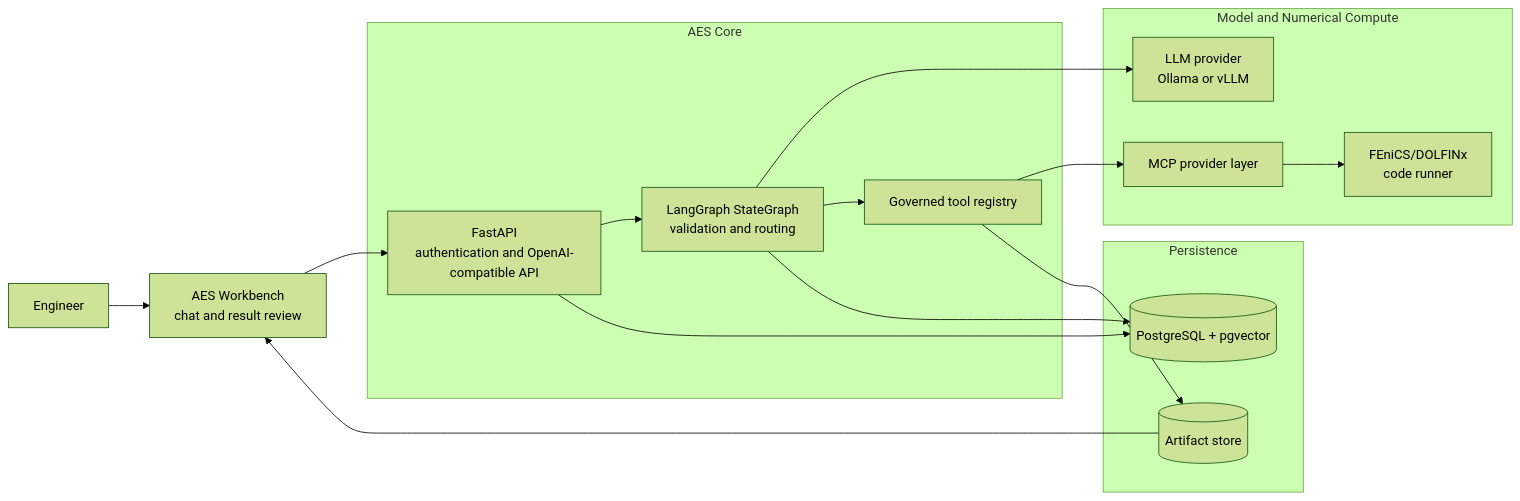
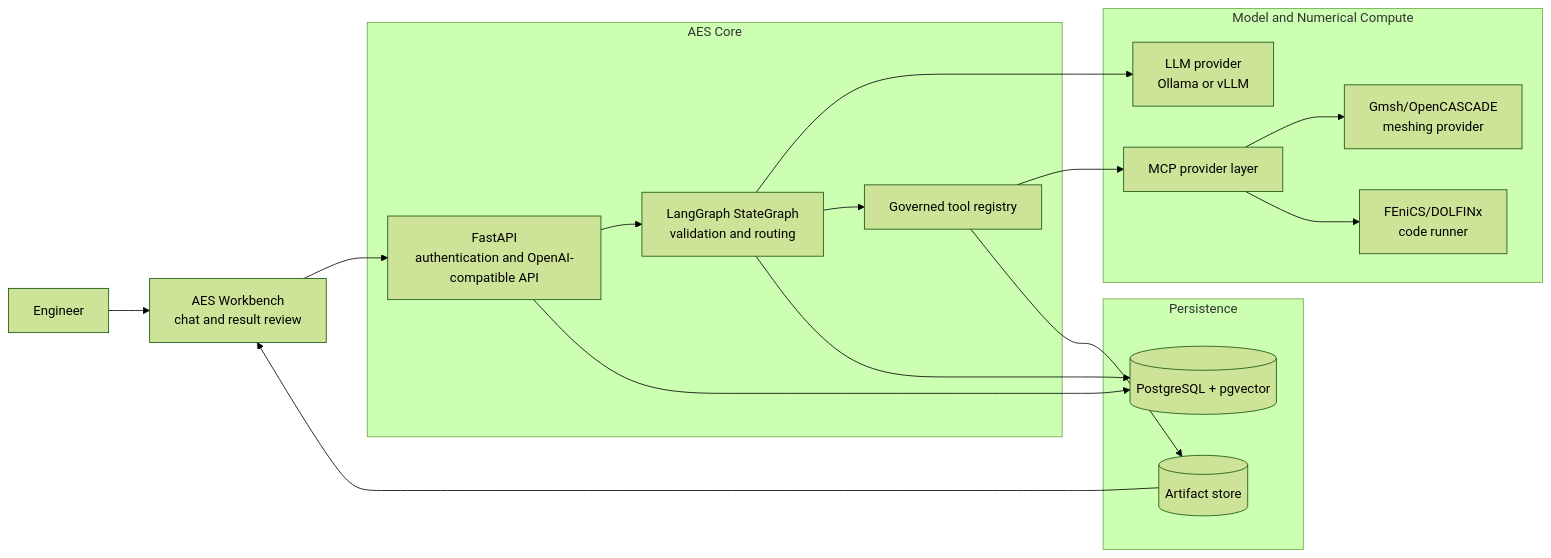
One commit to RadmirG/AES changed the first of 2 diagrams in README.md. Above: the diagram before and after it, drawn with Mermaid (forest theme). The commit also changed other lines of this file and 60 other files, not shown here.

````diff
--- a/README.md
+++ b/README.md
@@ -39,32 +46,34 @@
 ```mermaid
 flowchart LR
     user["Engineer"] --> workbench["AES Workbench<br/>chat and result review"]
 
     subgraph CORE["AES Core"]
         api["FastAPI<br/>authentication and OpenAI-compatible API"]
         workflow["LangGraph StateGraph<br/>validation and routing"]
         tools["Governed tool registry"]
     end
 
     subgraph COMPUTE["Model and Numerical Compute"]
         model["LLM provider<br/>Ollama or vLLM"]
         mcp["MCP provider layer"]
+        meshing["Gmsh/OpenCASCADE<br/>meshing provider"]
         fenics["FEniCS/DOLFINx<br/>code runner"]
     end
 
     subgraph DATA["Persistence"]
         database[("PostgreSQL + pgvector")]
         artifacts[("Artifact store")]
     end
 
     workbench --> api
     api --> workflow
     api --> database
     workflow --> model
     workflow --> tools
     workflow --> database
     tools --> mcp
+    mcp --> meshing
     mcp --> fenics
     tools --> artifacts
     artifacts --> workbench
 ```
````
